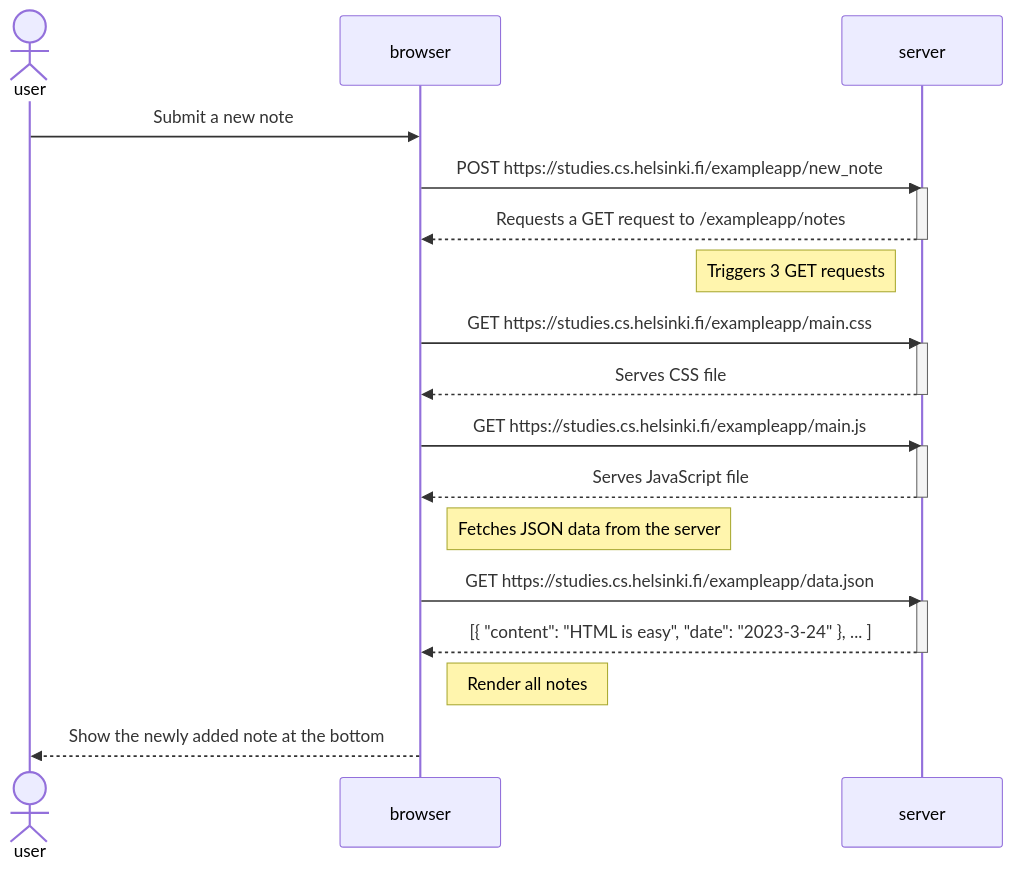
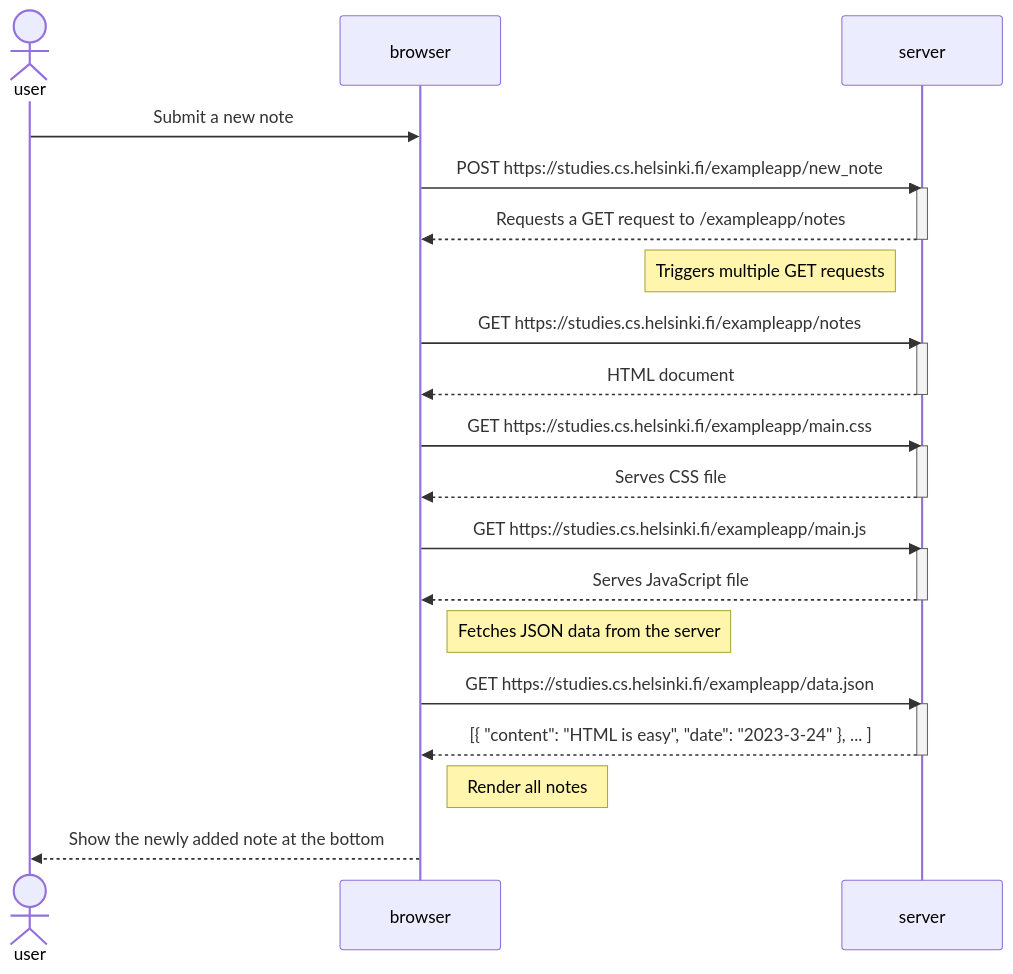
Before and after one commit to roopesh-nivedit/full-stack-open: the diagram in part0/new-note-diagram.md, drawn with Mermaid.

Commit message:
For 0.4: New note diagram

````diff
--- a/part0/new-note-diagram.md
+++ b/part0/new-note-diagram.md
@@ -1,37 +1,42 @@
 ```mermaid
 sequenceDiagram
     actor user
     participant browser
     participant server
     
     user->>browser: Submit a new note
     
     browser->>server: POST https://studies.cs.helsinki.fi/exampleapp/new_note
     activate server
     server-->>browser: Requests a GET request to /exampleapp/notes
     deactivate server
     
-    Note left of server: Triggers 3 GET requests
+    Note left of server: Triggers multiple GET requests
+    
+    browser->>server: GET https://studies.cs.helsinki.fi/exampleapp/notes
+    activate server
+    server-->>browser: HTML document
+    deactivate server
 
     browser->>server: GET https://studies.cs.helsinki.fi/exampleapp/main.css
     activate server
     server-->>browser: Serves CSS file
     deactivate server
 
     browser->>server: GET https://studies.cs.helsinki.fi/exampleapp/main.js
     activate server
     server-->>browser: Serves JavaScript file
     deactivate server
 
     Note right of browser: Fetches JSON data from the server
 
     browser->>server: GET https://studies.cs.helsinki.fi/exampleapp/data.json
     activate server
     server-->>browser: [{ "content": "HTML is easy", "date": "2023-3-24" }, ... ]
     deactivate server
 
     Note right of browser: Render all notes
     
     browser-->>user: Show the newly added note at the bottom
     
 ```
````
